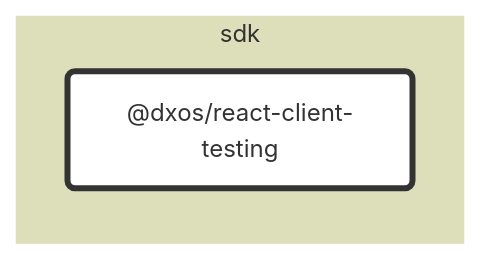
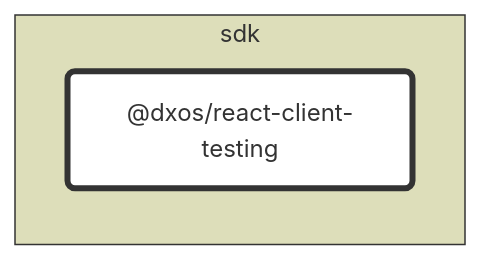
One commit to dxos/dxos changed the diagram in packages/sdk/react-client-testing/docs/README.md. Above: the diagram before and after it, drawn with Mermaid. The commit also changed 89 other files, not shown here.

````diff
--- a/packages/sdk/react-client-testing/docs/README.md
+++ b/packages/sdk/react-client-testing/docs/README.md
@@ -7,20 +7,20 @@
 ```mermaid
 %%{ init: {'flowchart':{'curve':'basis'}} }%%
 
 flowchart LR
 
 %% Classes
 classDef def fill:#fff,stroke:#333,stroke-width:1px
 classDef root fill:#fff,stroke:#333,stroke-width:4px
 
 %% Nodes
 
 subgraph sdk [sdk]
-  style sdk fill:#dddeba,stroke:#fff
+  style sdk fill:#dddeba,stroke:#333
   dxos/react-client-testing("@dxos/react-client-testing"):::root
   click dxos/react-client-testing "dxos/dxos/tree/main/packages/sdk/react-client-testing/docs"
 end
 
 %% Links
 linkStyle default stroke:#333,stroke-width:1px
 ```
````
